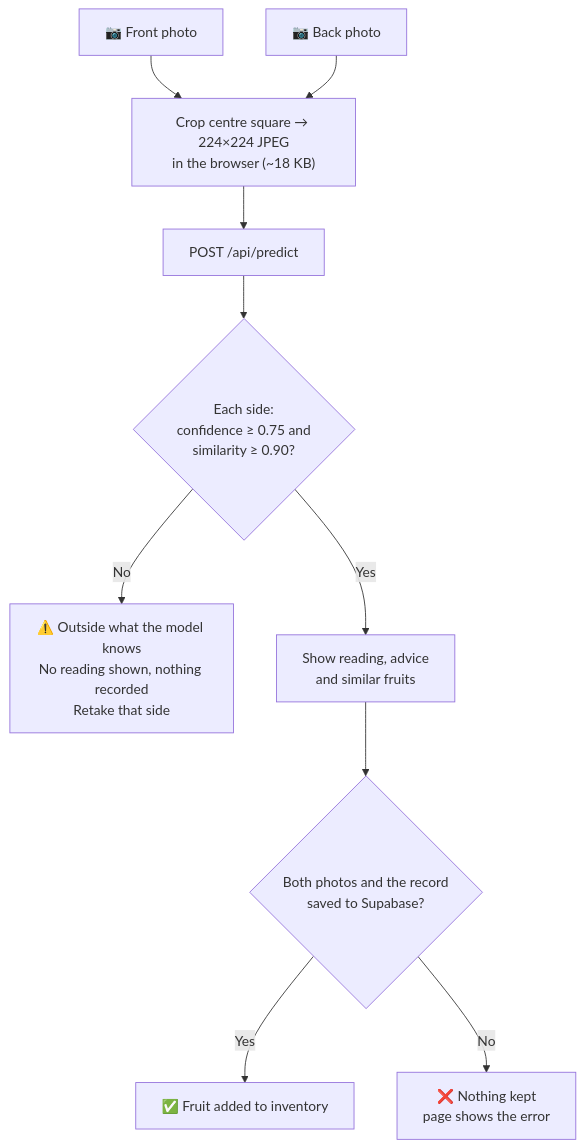
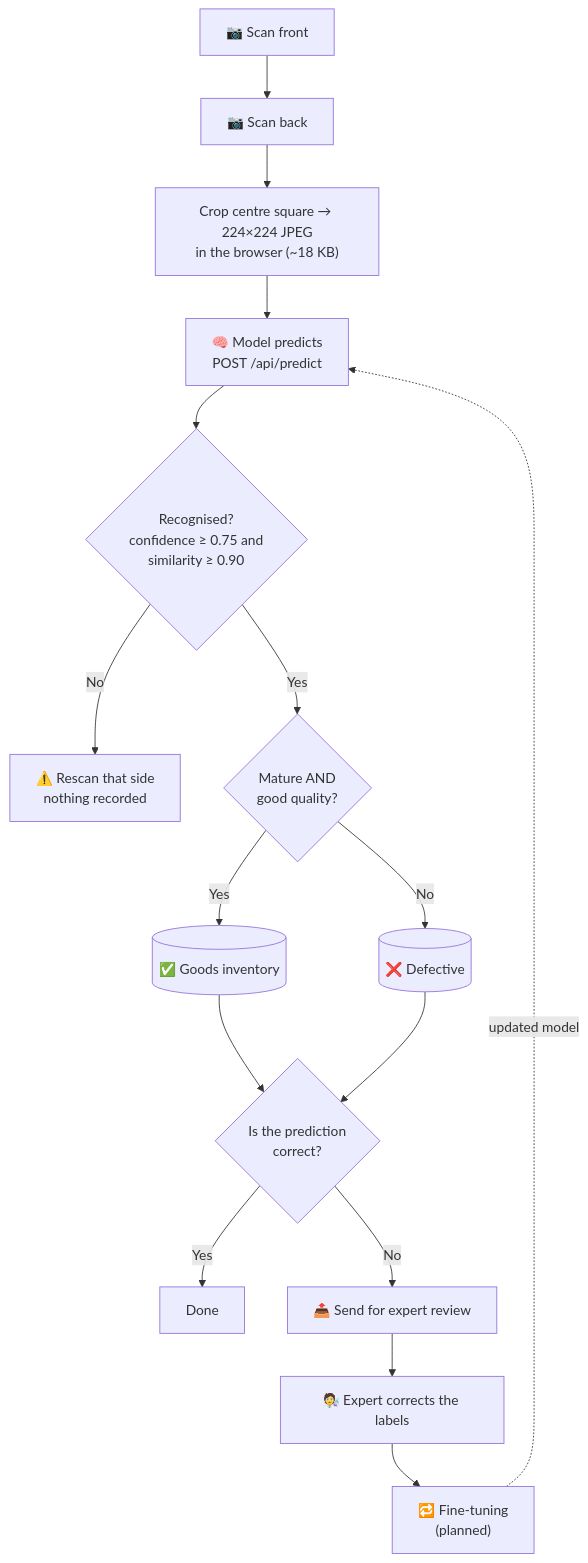
Before and after one commit to nikopolistico/MSIT-THESIS: the second of 4 diagrams in README.md, drawn with Mermaid. The commit also changed other lines of this file, not shown here.

````diff
--- a/README.md
+++ b/README.md
@@ -203,12 +216,17 @@
 ```mermaid
 flowchart TD
-    A["📷 Front photo"] --> C
-    B["📷 Back photo"] --> C
-    C["Crop centre square → 224×224 JPEG<br/>in the browser (~18 KB)"] --> D["POST /api/predict"]
-    D --> E{"Each side:<br/>confidence ≥ 0.75 and<br/>similarity ≥ 0.90?"}
-    E -- "No" --> F["⚠️ Outside what the model knows<br/>No reading shown, nothing recorded<br/>Retake that side"]
-    E -- "Yes" --> G["Show reading, advice<br/>and similar fruits"]
-    G --> H{"Both photos and the record<br/>saved to Supabase?"}
-    H -- "Yes" --> I["✅ Fruit added to inventory"]
-    H -- "No" --> J["❌ Nothing kept<br/>page shows the error"]
+    A["📷 Scan front"] --> B["📷 Scan back"]
+    B --> C["Crop centre square → 224×224 JPEG<br/>in the browser (~18 KB)"]
+    C --> D["🧠 Model predicts<br/>POST /api/predict"]
+    D --> E{"Recognised?<br/>confidence ≥ 0.75 and<br/>similarity ≥ 0.90"}
+    E -- "No" --> F["⚠️ Rescan that side<br/>nothing recorded"]
+    E -- "Yes" --> G{"Mature AND<br/>good quality?"}
+    G -- "Yes" --> H[("✅ Goods inventory")]
+    G -- "No" --> I[("❌ Defective")]
+    H & I --> J{"Is the prediction<br/>correct?"}
+    J -- "Yes" --> K["Done"]
+    J -- "No" --> L["📤 Send for expert review"]
+    L --> M["🧑‍🔬 Expert corrects the labels"]
+    M --> N["🔁 Fine-tuning<br/>(planned)"]
+    N -. "updated model" .-> D
 ```
````
